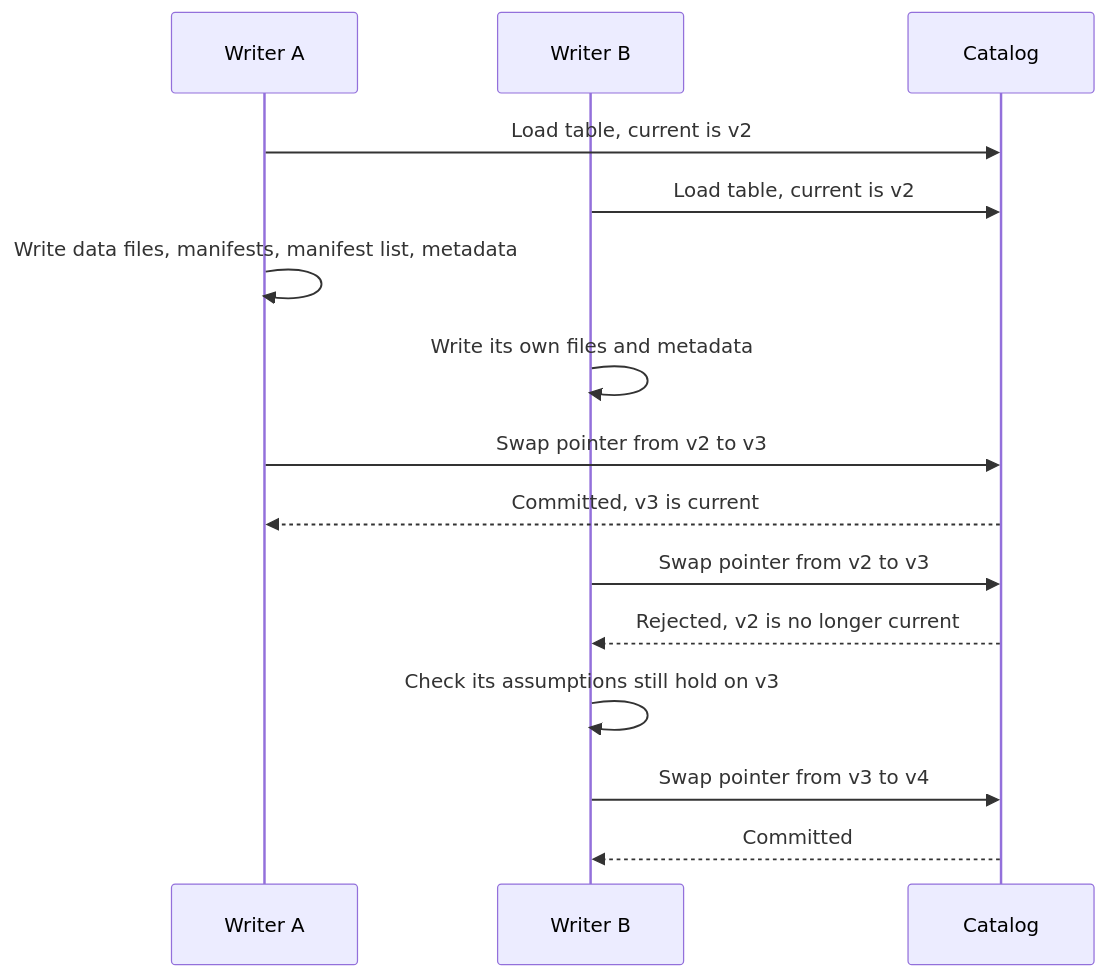
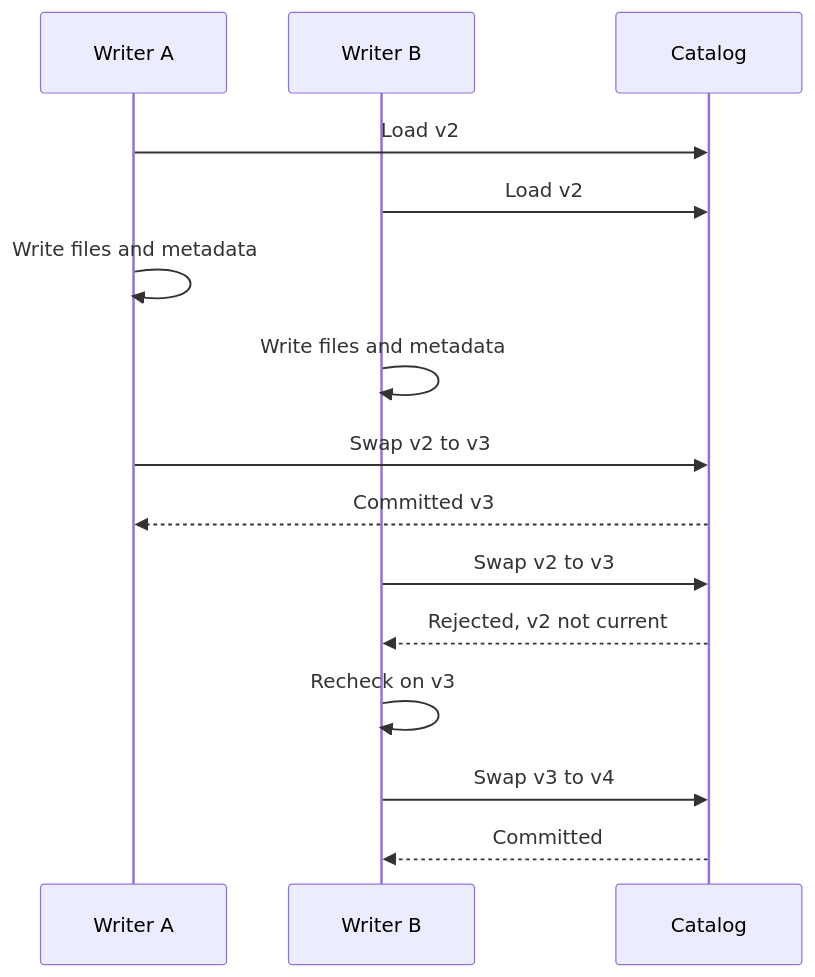
One commit to nayan9229/hastcode changed the second of 2 diagrams in content/explainers/databases-storage/apache-iceberg-table-format.md. Above: the diagram before and after it, drawn with Mermaid. The commit also changed other lines of this file and 21 other files, not shown here.

````diff
--- a/content/explainers/databases-storage/apache-iceberg-table-format.md
+++ b/content/explainers/databases-storage/apache-iceberg-table-format.md
@@ -78,18 +76,18 @@
 ```mermaid
 %% title: Two writers start from the same version; the catalog's check-and-put lets only one commit, and the other retries
 sequenceDiagram
   participant A as Writer A
   participant B as Writer B
   participant C as Catalog
-  A->>C: Load table, current is v2
-  B->>C: Load table, current is v2
-  A->>A: Write data files, manifests, manifest list, metadata
-  B->>B: Write its own files and metadata
-  A->>C: Swap pointer from v2 to v3
-  C-->>A: Committed, v3 is current
-  B->>C: Swap pointer from v2 to v3
-  C-->>B: Rejected, v2 is no longer current
-  B->>B: Check its assumptions still hold on v3
-  B->>C: Swap pointer from v3 to v4
+  A->>C: Load v2
+  B->>C: Load v2
+  A->>A: Write files and metadata
+  B->>B: Write files and metadata
+  A->>C: Swap v2 to v3
+  C-->>A: Committed v3
+  B->>C: Swap v2 to v3
+  C-->>B: Rejected, v2 not current
+  B->>B: Recheck on v3
+  B->>C: Swap v3 to v4
   C-->>B: Committed
 ```
````
